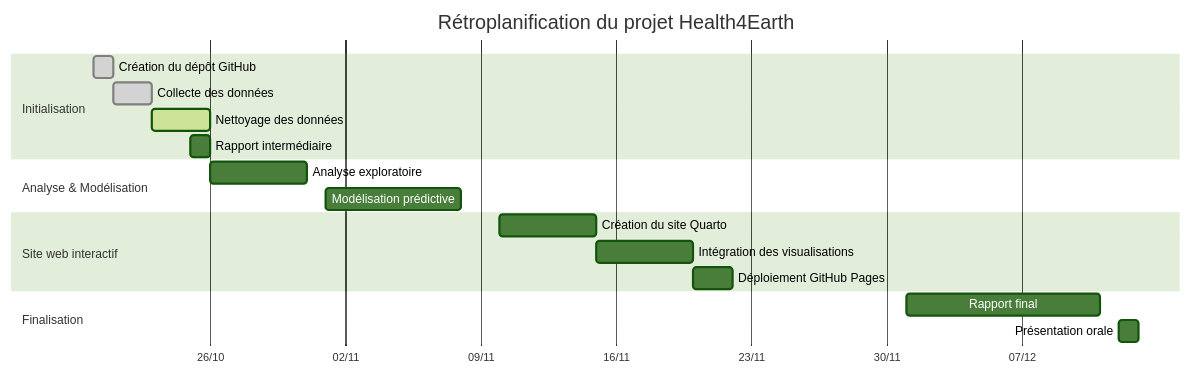
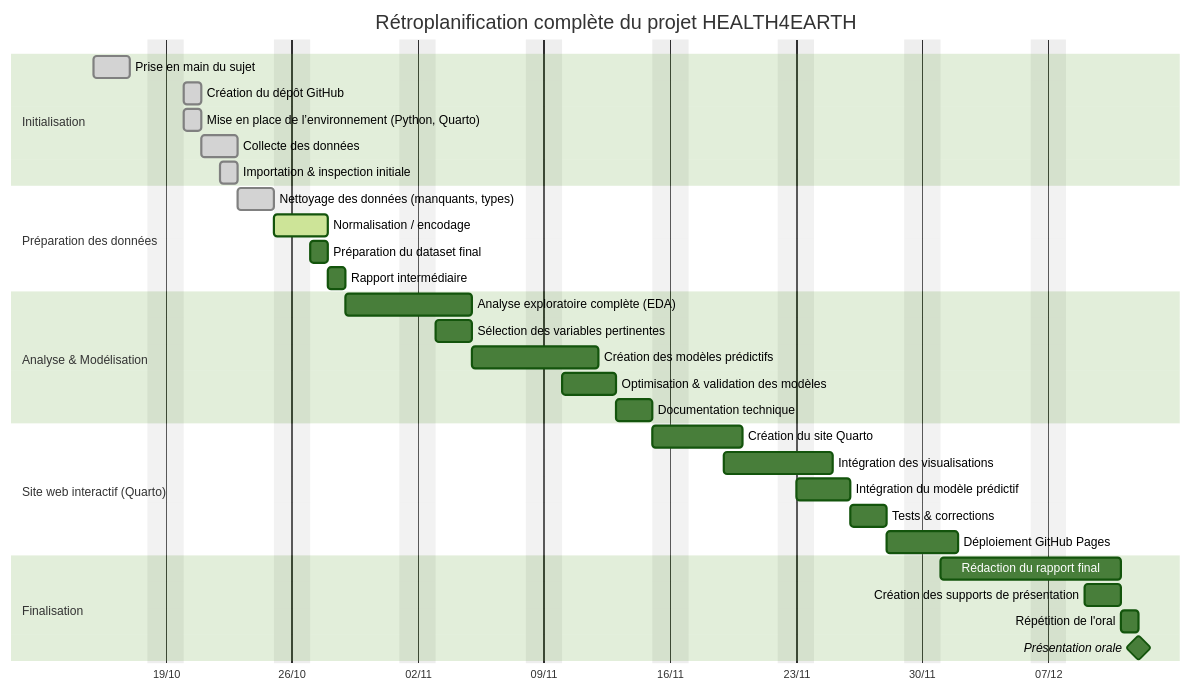
The diagram in docs/notes/gantt.md (Modestedvlr/Health4Earth), drawn with Mermaid (forest theme) before and after one commit.

Commit message:
Modif diagramme de gantt

````diff
--- a/docs/notes/gantt.md
+++ b/docs/notes/gantt.md
@@ -1,26 +1,56 @@
 ```mermaid
 gantt
-    title Rétroplanification du projet Health4Earth
+    title Rétroplanification complète du projet HEALTH4EARTH
     dateFormat  YYYY-MM-DD
     axisFormat  %d/%m
-    todayMarker off
+    todayMarker stroke-width:3px,stroke:#ff0000
+    excludes    weekends
 
+    %% -----------------------------
+    %% PHASE 1 — INITIALISATION
+    %% -----------------------------
     section Initialisation
-    Création du dépôt GitHub        :done, 2025-10-20, 1d
-    Collecte des données            :done, 2025-10-21, 2d
-    Nettoyage des données           :active, 2025-10-23, 3d
-    Rapport intermédiaire           :2025-10-25, 1d
+    Prise en main du sujet                    :done,    2025-10-15, 2d
+    Création du dépôt GitHub                  :done,    2025-10-20, 1d
+    Mise en place de l’environnement (Python, Quarto) :done, 2025-10-20, 1d
+    Collecte des données                      :done,    2025-10-21, 2d
+    Importation & inspection initiale         :done,    2025-10-22, 1d
 
+    %% -----------------------------
+    %% PHASE 2 — PRÉPARATION DES DONNÉES
+    %% -----------------------------
+    section Préparation des données
+    Nettoyage des données (manquants, types)  :done,    2025-10-23, 2d
+    Normalisation / encodage                  :active,  2025-10-25, 2d
+    Préparation du dataset final              :2025-10-27, 1d
+    Rapport intermédiaire                     :2025-10-28, 1d
+
+    %% -----------------------------
+    %% PHASE 3 — ANALYSE & MODELISATION
+    %% -----------------------------
     section Analyse & Modélisation
-    Analyse exploratoire            :2025-10-26, 5d
-    Modélisation prédictive         :2025-11-01, 7d
+    Analyse exploratoire complète (EDA)       :2025-10-29, 5d
+    Sélection des variables pertinentes        :2025-11-03, 2d
+    Création des modèles prédictifs            :2025-11-05, 5d
+    Optimisation & validation des modèles      :2025-11-10, 3d
+    Documentation technique                    :2025-11-13, 2d
 
-    section Site web interactif
-    Création du site Quarto         :2025-11-10, 5d
-    Intégration des visualisations  :2025-11-15, 5d
-    Déploiement GitHub Pages        :2025-11-20, 2d
+    %% -----------------------------
+    %% PHASE 4 — SITE WEB INTERACTIF
+    %% -----------------------------
+    section Site web interactif (Quarto)
+    Création du site Quarto                    :2025-11-15, 4d
+    Intégration des visualisations             :2025-11-19, 4d
+    Intégration du modèle prédictif            :2025-11-23, 3d
+    Tests & corrections                        :2025-11-26, 2d
+    Déploiement GitHub Pages                   :2025-11-28, 2d
 
+    %% -----------------------------
+    %% PHASE 5 — FINALISATION
+    %% -----------------------------
     section Finalisation
-    Rapport final                   :2025-12-01, 10d
-    Présentation orale              :2025-12-12, 1d
+    Rédaction du rapport final                 :2025-12-01, 8d
+    Création des supports de présentation       :2025-12-09, 2d
+    Répétition de l'oral                       :2025-12-11, 1d
+    Présentation orale                         :milestone, 2025-12-12, 0d
 ```
````
